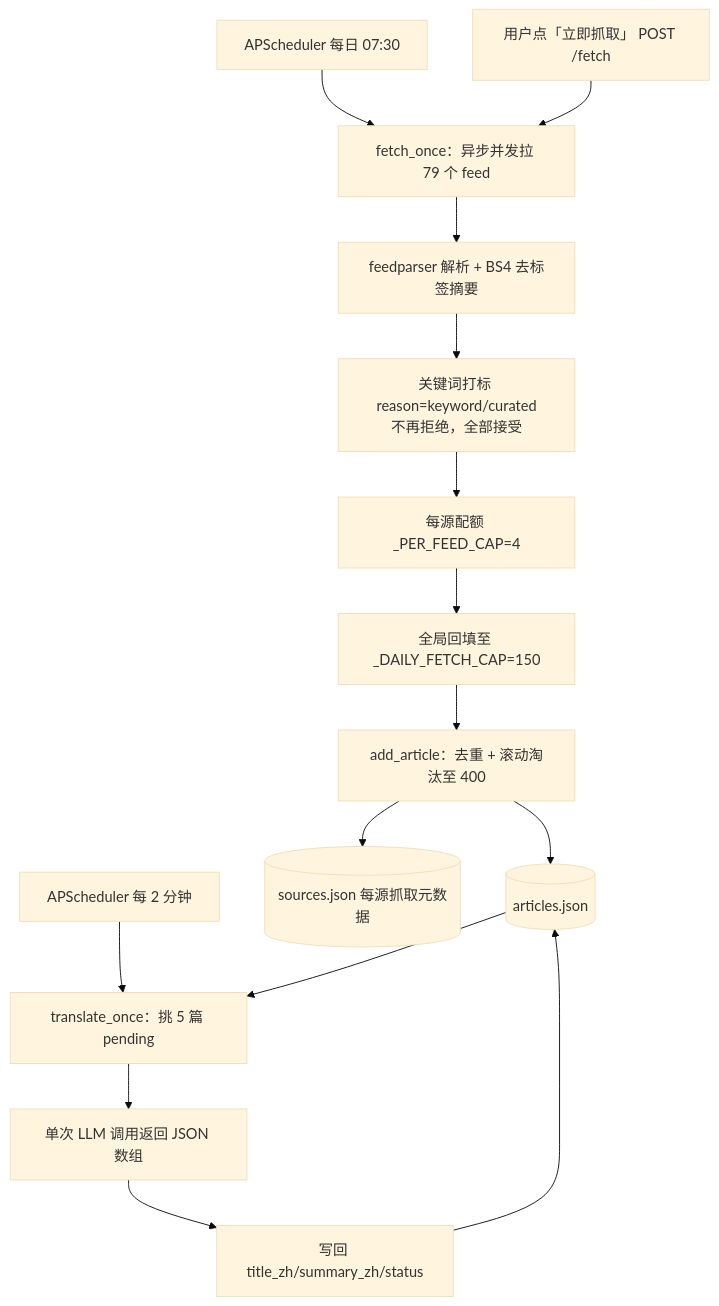
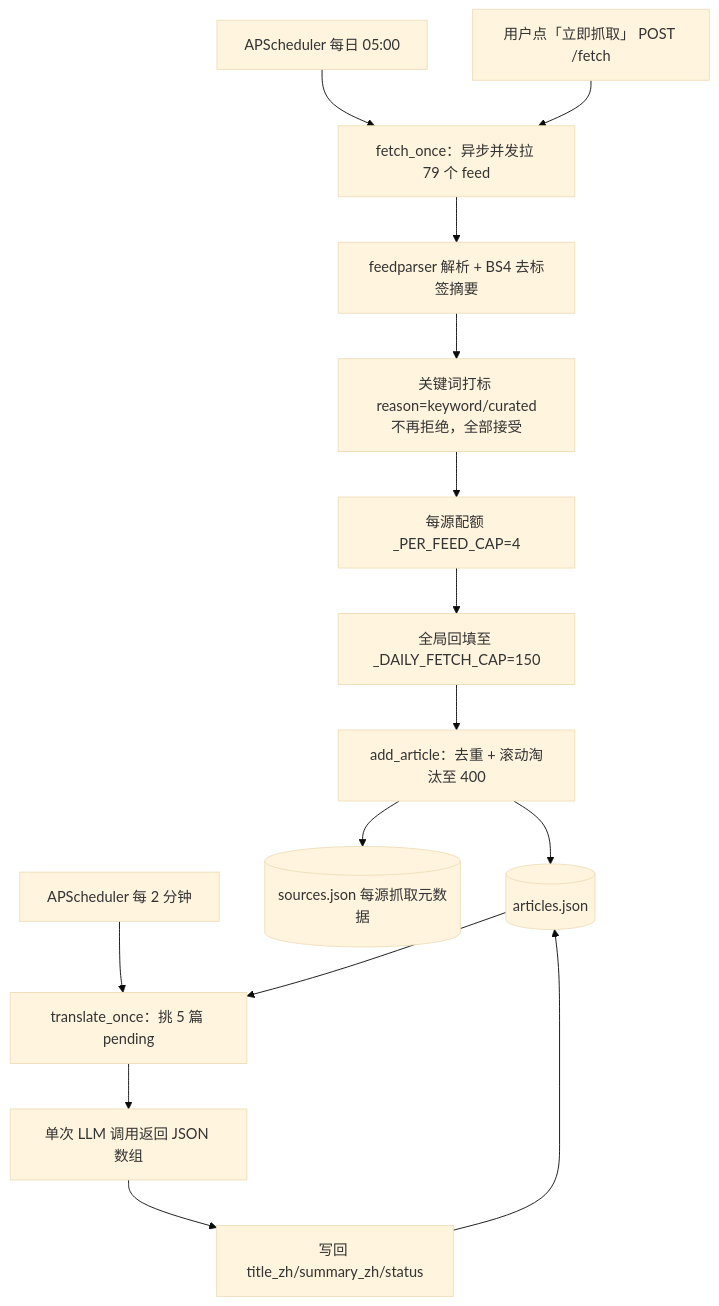
The diagram in llmdoc/architecture/rss-pipeline-architecture.md (nikefd/ai-frontier-agent), drawn with Mermaid (base theme) before and after one commit. The commit also changed other lines of this file and 2 other files, not shown here.

Commit message:
docs: 同步速报定时与 cron 时间调整到 llmdoc 与 .env.example

````diff
--- a/llmdoc/architecture/rss-pipeline-architecture.md
+++ b/llmdoc/architecture/rss-pipeline-architecture.md
@@ -10,19 +10,19 @@
 ```mermaid
 flowchart TD
-  cron[APScheduler 每日 07:30] --> fetch
+  cron[APScheduler 每日 05:00] --> fetch
   manual[用户点「立即抓取」 POST /fetch] --> fetch
   fetch[fetch_once：异步并发拉 79 个 feed]
   fetch --> parse[feedparser 解析 + BS4 去标签摘要]
   parse --> tag[关键词打标 reason=keyword/curated<br/>不再拒绝，全部接受]
   tag --> quota[每源配额 _PER_FEED_CAP=4]
   quota --> global[全局回填至 _DAILY_FETCH_CAP=150]
   global --> store[add_article：去重 + 滚动淘汰至 400]
   store --> articles[(articles.json)]
   store --> meta[(sources.json 每源抓取元数据)]
 
   tick[APScheduler 每 2 分钟] --> trans[translate_once：挑 5 篇 pending]
   articles --> trans
   trans --> llm[单次 LLM 调用返回 JSON 数组]
   llm --> writeback[写回 title_zh/summary_zh/status]
   writeback --> articles
 ```
````
